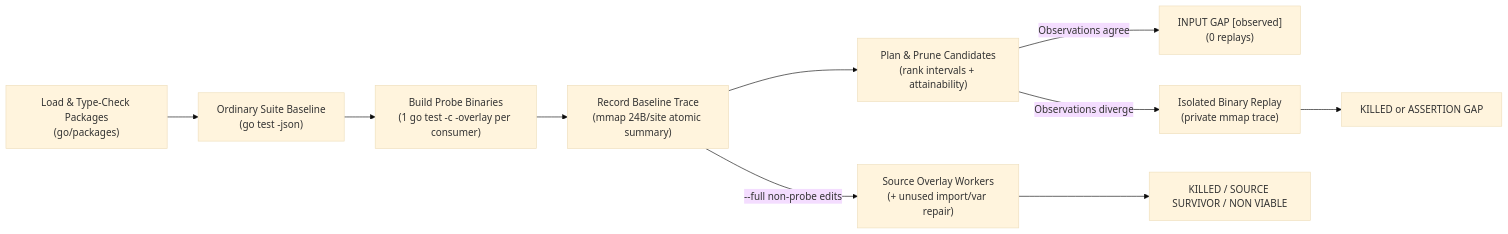
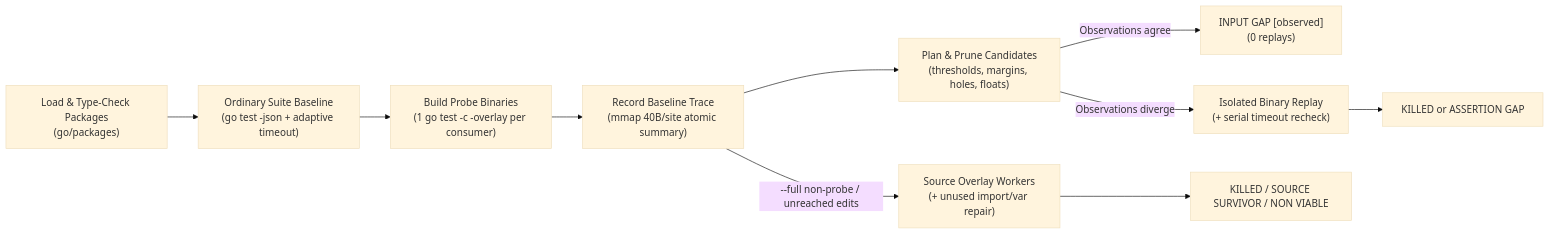
Before and after one commit to t-k/targeted-mutation-go: the diagram in README.md, drawn with Mermaid (base theme). The commit also changed other lines of this file, not shown here.

````diff
--- a/README.md
+++ b/README.md
@@ -299,12 +309,12 @@
 ```mermaid
 flowchart LR
-    A["Load & Type-Check Packages<br/>(go/packages)"] --> B["Ordinary Suite Baseline<br/>(go test -json)"]
+    A["Load & Type-Check Packages<br/>(go/packages)"] --> B["Ordinary Suite Baseline<br/>(go test -json + adaptive timeout)"]
     B --> C["Build Probe Binaries<br/>(1 go test -c -overlay per consumer)"]
-    C --> D["Record Baseline Trace<br/>(mmap 24B/site atomic summary)"]
-    D --> E["Plan & Prune Candidates<br/>(rank intervals + attainability)"]
+    C --> D["Record Baseline Trace<br/>(mmap 40B/site atomic summary)"]
+    D --> E["Plan & Prune Candidates<br/>(thresholds, margins, holes, floats)"]
     E -->|"Observations agree"| F["INPUT GAP [observed]<br/>(0 replays)"]
-    E -->|"Observations diverge"| G["Isolated Binary Replay<br/>(private mmap trace)"]
+    E -->|"Observations diverge"| G["Isolated Binary Replay<br/>(+ serial timeout recheck)"]
     G --> H["KILLED or ASSERTION GAP"]
-    D -->|"--full non-probe edits"| I["Source Overlay Workers<br/>(+ unused import/var repair)"]
+    D -->|"--full non-probe / unreached edits"| I["Source Overlay Workers<br/>(+ unused import/var repair)"]
     I --> J["KILLED / SOURCE SURVIVOR / NON VIABLE"]
 ```
````
